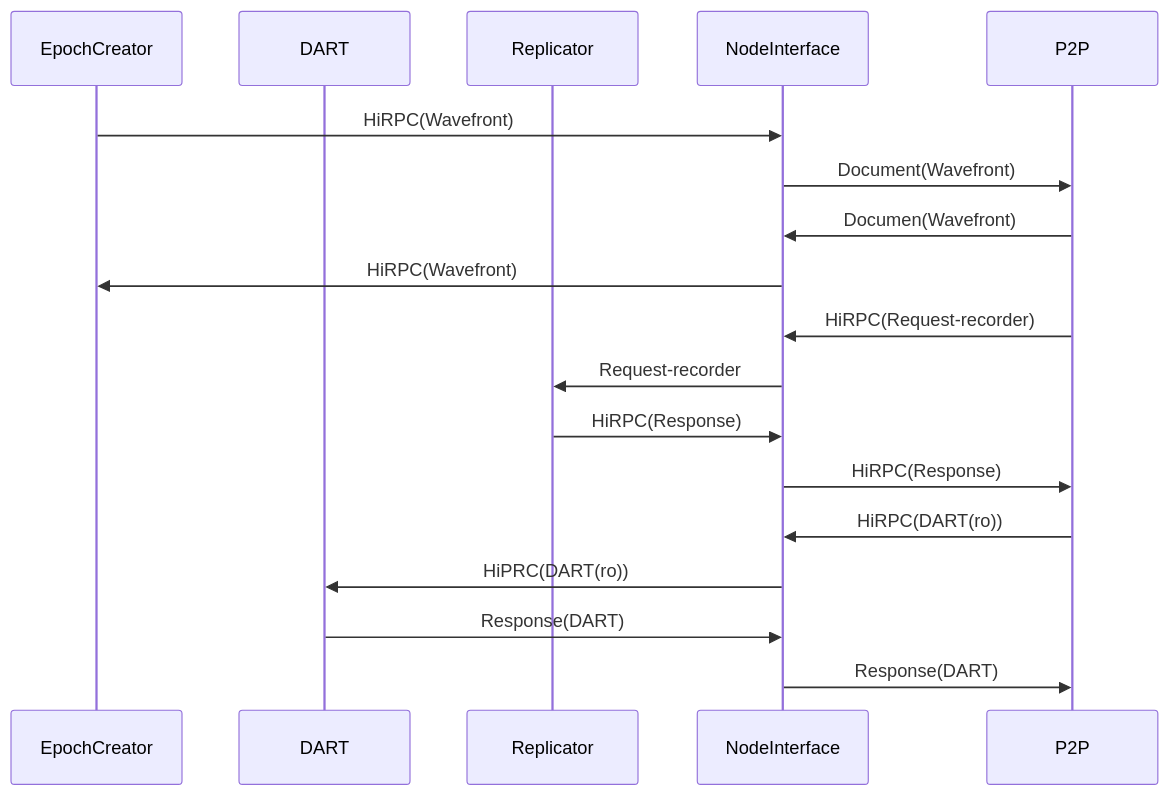
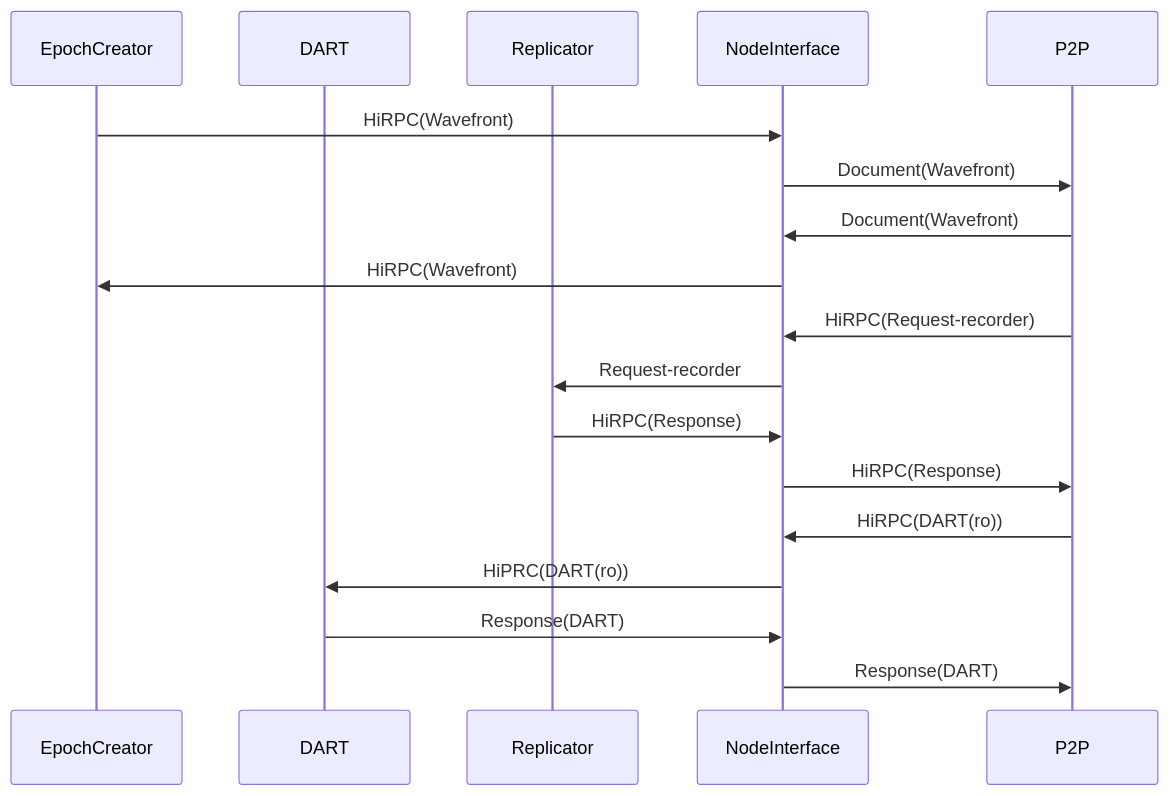
Before and after one commit to tagion/tagion: the diagram in docs/docs/architecture/NodeInterface.md, drawn with Mermaid. The commit also changed 133 other files, not shown here.

````diff
--- a/docs/docs/architecture/NodeInterface.md
+++ b/docs/docs/architecture/NodeInterface.md
@@ -11,21 +11,21 @@
 ```mermaid
 sequenceDiagram
     participant EpochCreator 
     participant DART
     participant Replicator 
     participant NodeInterface
 	EpochCreator ->> NodeInterface: HiRPC(Wavefront)
 	NodeInterface ->> P2P: Document(Wavefront)
-	P2P ->> NodeInterface: Documen(Wavefront)
+	P2P ->> NodeInterface: Document(Wavefront)
 	NodeInterface ->> EpochCreator: HiRPC(Wavefront)
 	P2P ->> NodeInterface: HiRPC(Request-recorder)
 	NodeInterface ->> Replicator: Request-recorder
 	Replicator ->> NodeInterface: HiRPC(Response)
 	NodeInterface ->> P2P: HiRPC(Response)
 	P2P ->> NodeInterface: HiRPC(DART(ro))
 	NodeInterface ->> DART: HiPRC(DART(ro))
 
 	DART ->> NodeInterface : Response(DART)
 	NodeInterface ->> P2P: Response(DART) 
 
 ```
````
